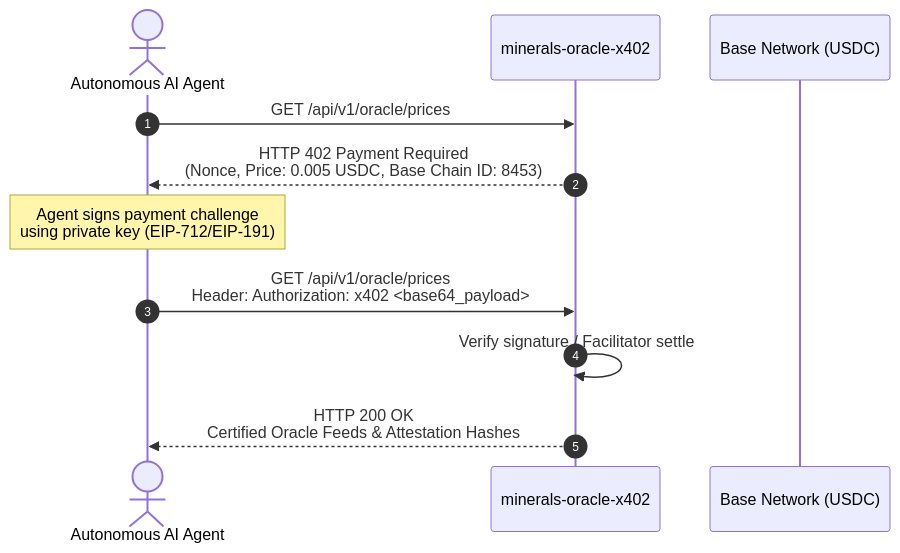
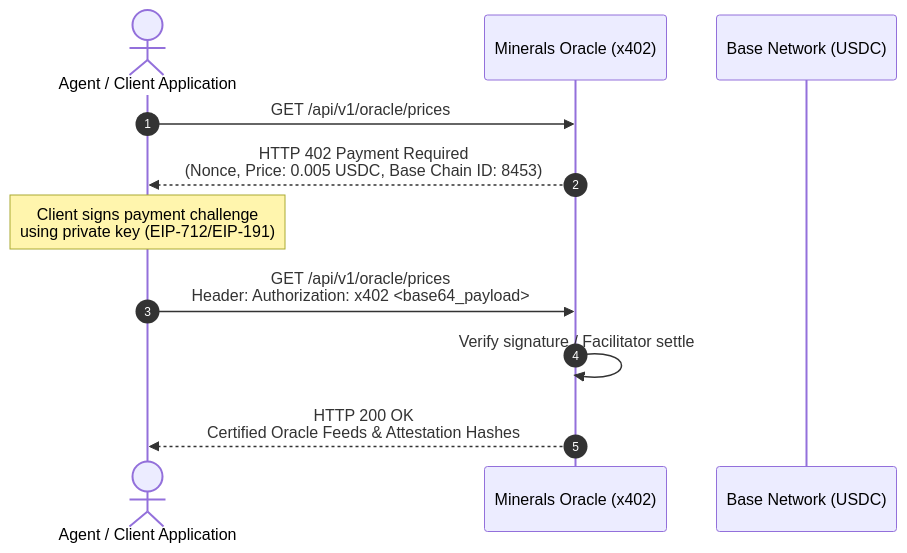
One commit to nohosa001-pixel/minerals-oracle-x402 changed the diagram in README.md. Above: the diagram before and after it, drawn with Mermaid. The commit also changed other lines of this file and 7 other files, not shown here.

````diff
--- a/README.md
+++ b/README.md
@@ -168,14 +133,14 @@
 ```mermaid
 sequenceDiagram
     autonumber
-    actor Agent as Autonomous AI Agent
-    participant Oracle as minerals-oracle-x402
+    actor Client as Agent / Client Application
+    participant Oracle as Minerals Oracle (x402)
     participant Base as Base Network (USDC)
 
-    Agent->>Oracle: GET /api/v1/oracle/prices
-    Oracle-->>Agent: HTTP 402 Payment Required<br/>(Nonce, Price: 0.005 USDC, Base Chain ID: 8453)
-    Note over Agent: Agent signs payment challenge<br/>using private key (EIP-712/EIP-191)
-    Agent->>Oracle: GET /api/v1/oracle/prices<br/>Header: Authorization: x402 <base64_payload>
+    Client->>Oracle: GET /api/v1/oracle/prices
+    Oracle-->>Client: HTTP 402 Payment Required<br/>(Nonce, Price: 0.005 USDC, Base Chain ID: 8453)
+    Note over Client: Client signs payment challenge<br/>using private key (EIP-712/EIP-191)
+    Client->>Oracle: GET /api/v1/oracle/prices<br/>Header: Authorization: x402 <base64_payload>
     Oracle->>Oracle: Verify signature / Facilitator settle
-    Oracle-->>Agent: HTTP 200 OK<br/>Certified Oracle Feeds & Attestation Hashes
+    Oracle-->>Client: HTTP 200 OK<br/>Certified Oracle Feeds & Attestation Hashes
 ```
````
